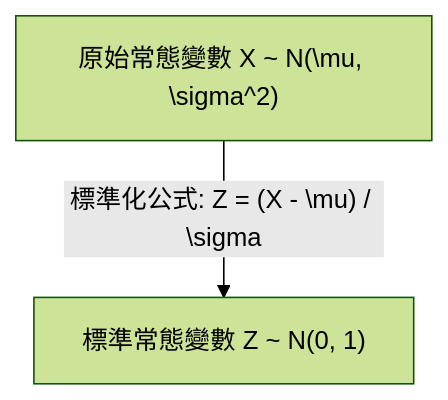
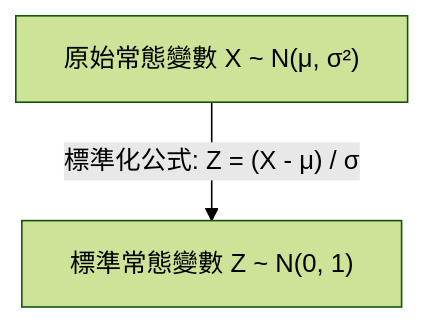
Before and after one commit to lliangles/TheNote: the diagram in courses/statistics/Ch06-連續型機率分配與常態分配-初步筆記.md, drawn with Mermaid (forest theme). The commit also changed 8 other files, not shown here.

Commit message:
fix(render): resolve Mermaid fences & syntax, fix LaTeX math escapes, and add automated pre-push verification

````diff
--- a/courses/statistics/Ch06-連續型機率分配與常態分配-初步筆記.md
+++ b/courses/statistics/Ch06-連續型機率分配與常態分配-初步筆記.md
@@ -23,4 +23,4 @@
 ```mermaid
 flowchart TD
-    X["原始常態變數 X ~ N(\mu, \sigma^2)"] -->|"標準化公式: Z = (X - \mu) / \sigma"| Z["標準常態變數 Z ~ N(0, 1)"]
+    X["原始常態變數 X ~ N(μ, σ²)"] -->|"標準化公式: Z = (X - μ) / σ"| Z["標準常態變數 Z ~ N(0, 1)"]
 ```
````
